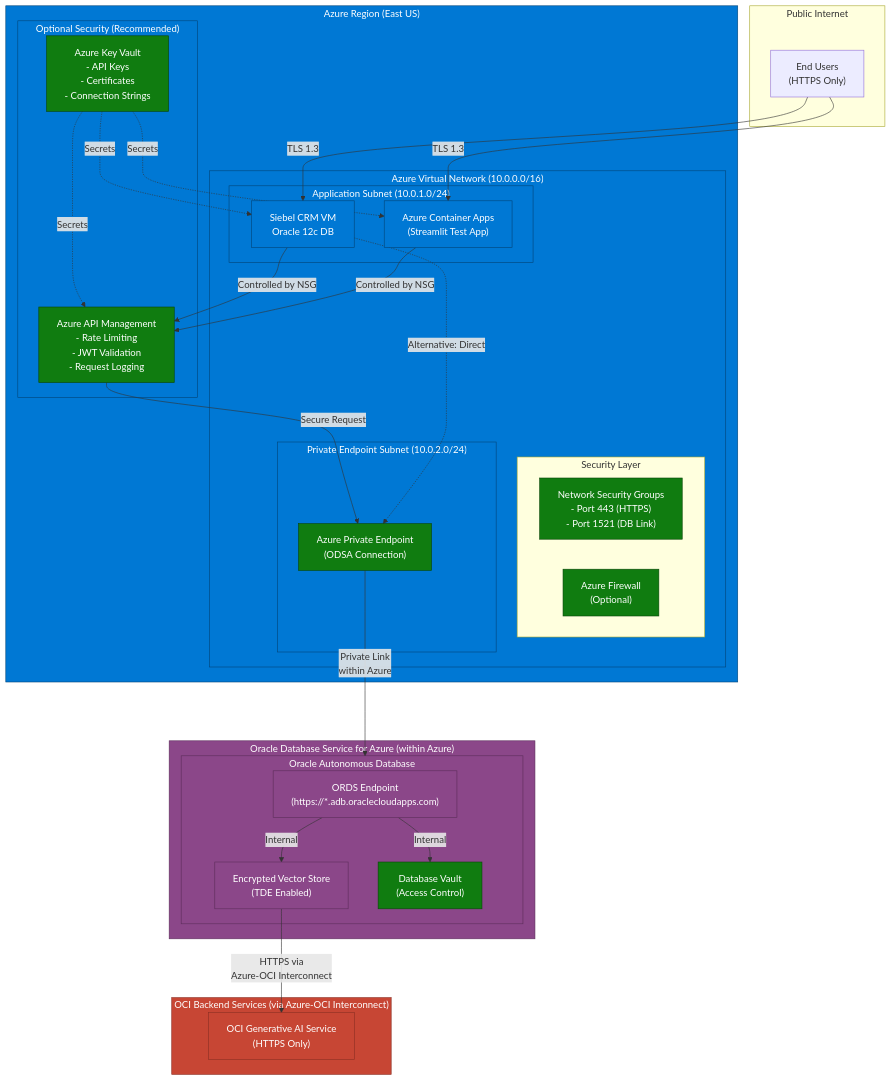
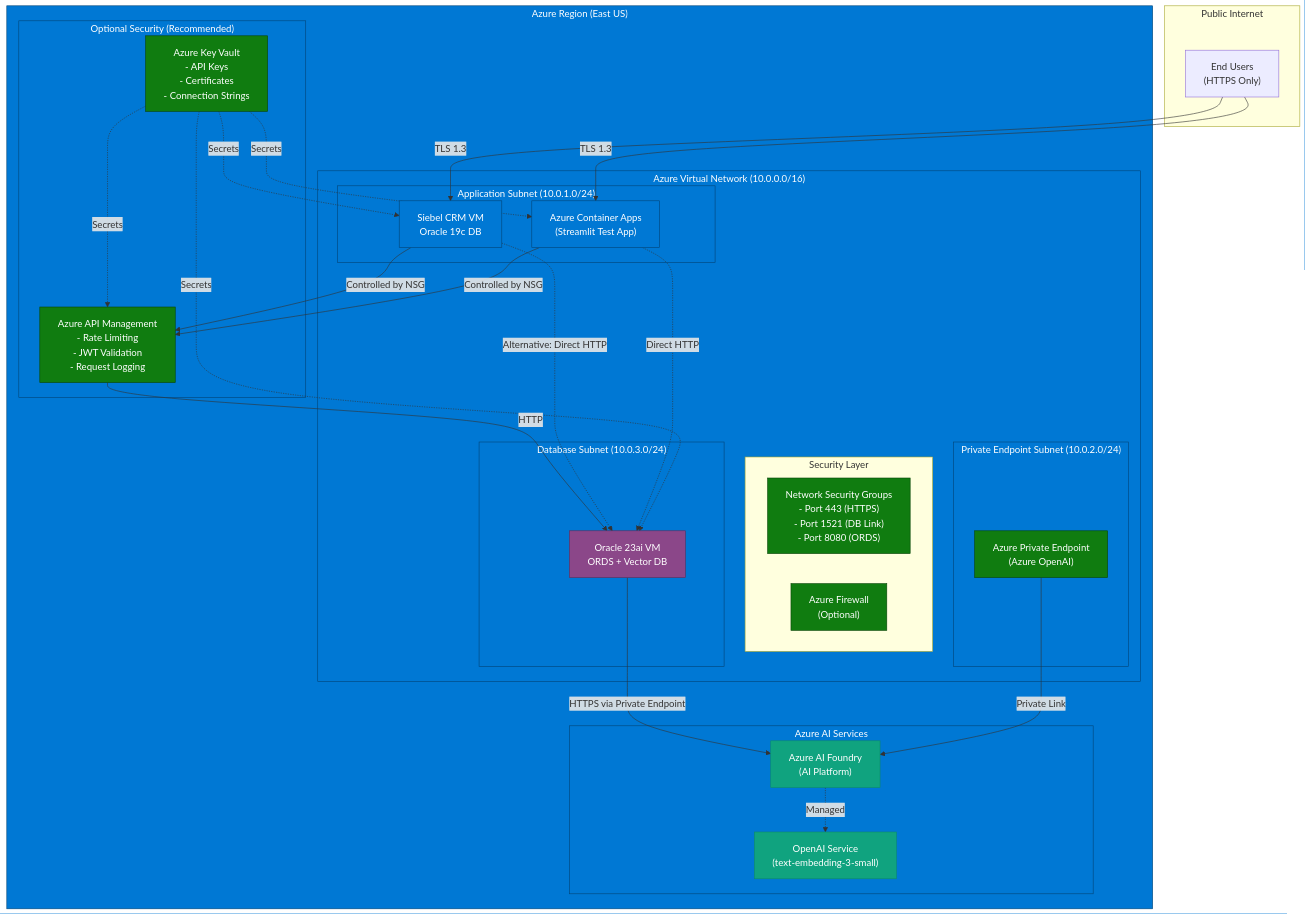
One commit to psreek-ai/SiebelCRMSemanticSearch changed the fourth of 6 diagrams in docs/Project Architecture.md. Above: the diagram before and after it, drawn with Mermaid. The commit also changed other lines of this file and 13 other files, not shown here.

````diff
--- a/docs/Project Architecture.md
+++ b/docs/Project Architecture.md
@@ -215,70 +231,67 @@
 ```mermaid
 graph TB
     subgraph Internet["Public Internet"]
         Users["End Users<br/>(HTTPS Only)"]
     end
     
     subgraph AzureRegion["Azure Region (East US)"]
         subgraph AzureVNet["Azure Virtual Network (10.0.0.0/16)"]
             subgraph AppSubnet["Application Subnet (10.0.1.0/24)"]
-                SiebelVM["Siebel CRM VM<br/>Oracle 12c DB"]
+                SiebelVM["Siebel CRM VM<br/>Oracle 19c DB"]
                 ContainerApps["Azure Container Apps<br/>(Streamlit Test App)"]
             end
             
+            subgraph DataSubnet["Database Subnet (10.0.3.0/24)"]
+                VectorVM["Oracle 23ai VM<br/>ORDS + Vector DB"]
+            end
+            
             subgraph SecurityLayer["Security Layer"]
-                NSG["Network Security Groups<br/>- Port 443 (HTTPS)<br/>- Port 1521 (DB Link)"]
+                NSG["Network Security Groups<br/>- Port 443 (HTTPS)<br/>- Port 1521 (DB Link)<br/>- Port 8080 (ORDS)"]
                 Firewall["Azure Firewall<br/>(Optional)"]
             end
             
             subgraph PrivateEndpointSubnet["Private Endpoint Subnet (10.0.2.0/24)"]
-                PrivateEndpoint["Azure Private Endpoint<br/>(ODSA Connection)"]
+                PrivateEndpoint["Azure Private Endpoint<br/>(Azure OpenAI)"]
             end
         end
         
         subgraph Optional["Optional Security (Recommended)"]
             APIM["Azure API Management<br/>- Rate Limiting<br/>- JWT Validation<br/>- Request Logging"]
             KeyVault["Azure Key Vault<br/>- API Keys<br/>- Certificates<br/>- Connection Strings"]
         end
-    end
-    
-    subgraph ODSAService["Oracle Database Service for Azure (within Azure)"]
-        subgraph ADB["Oracle Autonomous Database"]
-            ORDS["ORDS Endpoint<br/>(https://*.adb.oraclecloudapps.com)"]
-            VectorDB["Encrypted Vector Store<br/>(TDE Enabled)"]
-            DatabaseVault["Database Vault<br/>(Access Control)"]
+        
+        subgraph AzureAI["Azure AI Services"]
+            AIFoundry["Azure AI Foundry<br/>(AI Platform)"]
+            AzureOpenAI["OpenAI Service<br/>(text-embedding-3-small)"]
         end
-    end
-    
-    subgraph OCIBackend["OCI Backend Services (via Azure-OCI Interconnect)"]
-        GenAI["OCI Generative AI Service<br/>(HTTPS Only)"]
     end
     
     Users -->|TLS 1.3| SiebelVM
     Users -->|TLS 1.3| ContainerApps
     
     SiebelVM -->|Controlled by NSG| APIM
     ContainerApps -->|Controlled by NSG| APIM
     
-    APIM -->|Secure Request| PrivateEndpoint
-    SiebelVM -.->|Alternative: Direct| PrivateEndpoint
+    APIM -->|HTTP| VectorVM
+    SiebelVM -.->|Alternative: Direct HTTP| VectorVM
+    ContainerApps -.->|Direct HTTP| VectorVM
     
-    PrivateEndpoint -->|Private Link<br/>within Azure| ADB
-    
-    ORDS -->|Internal| VectorDB
-    ORDS -->|Internal| DatabaseVault
-    VectorDB -->|HTTPS via<br/>Azure-OCI Interconnect| GenAI
+    VectorVM -->|HTTPS via Private Endpoint| AIFoundry
+    AIFoundry -.->|Managed| AzureOpenAI
+    PrivateEndpoint -->|Private Link| AIFoundry
     
     KeyVault -.->|Secrets| SiebelVM
     KeyVault -.->|Secrets| ContainerApps
+    KeyVault -.->|Secrets| VectorVM
     KeyVault -.->|Secrets| APIM
     
     classDef azure fill:#0078D4,stroke:#004578,color:#fff
-    classDef odsa fill:#8B4789,stroke:#5C2D5A,color:#fff
-    classDef oci fill:#C74634,stroke:#8B2F23,color:#fff
+    classDef vm fill:#8B4789,stroke:#5C2D5A,color:#fff
+    classDef ai fill:#10A37F,stroke:#0D8A6A,color:#fff
     classDef security fill:#107C10,stroke:#094509,color:#fff
     
-    class AzureRegion,AzureVNet,AppSubnet,PrivateEndpointSubnet,Optional,SiebelVM,ContainerApps azure
-    class ODSAService,ADB,ORDS,VectorDB odsa
-    class OCIBackend,GenAI oci
-    class NSG,Firewall,APIM,KeyVault,DatabaseVault,PrivateEndpoint security
+    class AzureRegion,AzureVNet,AppSubnet,DataSubnet,PrivateEndpointSubnet,Optional,SiebelVM,ContainerApps,AzureAI azure
+    class VectorVM vm
+    class AIFoundry,AzureOpenAI ai
+    class NSG,Firewall,APIM,KeyVault,PrivateEndpoint security
 ```
````
